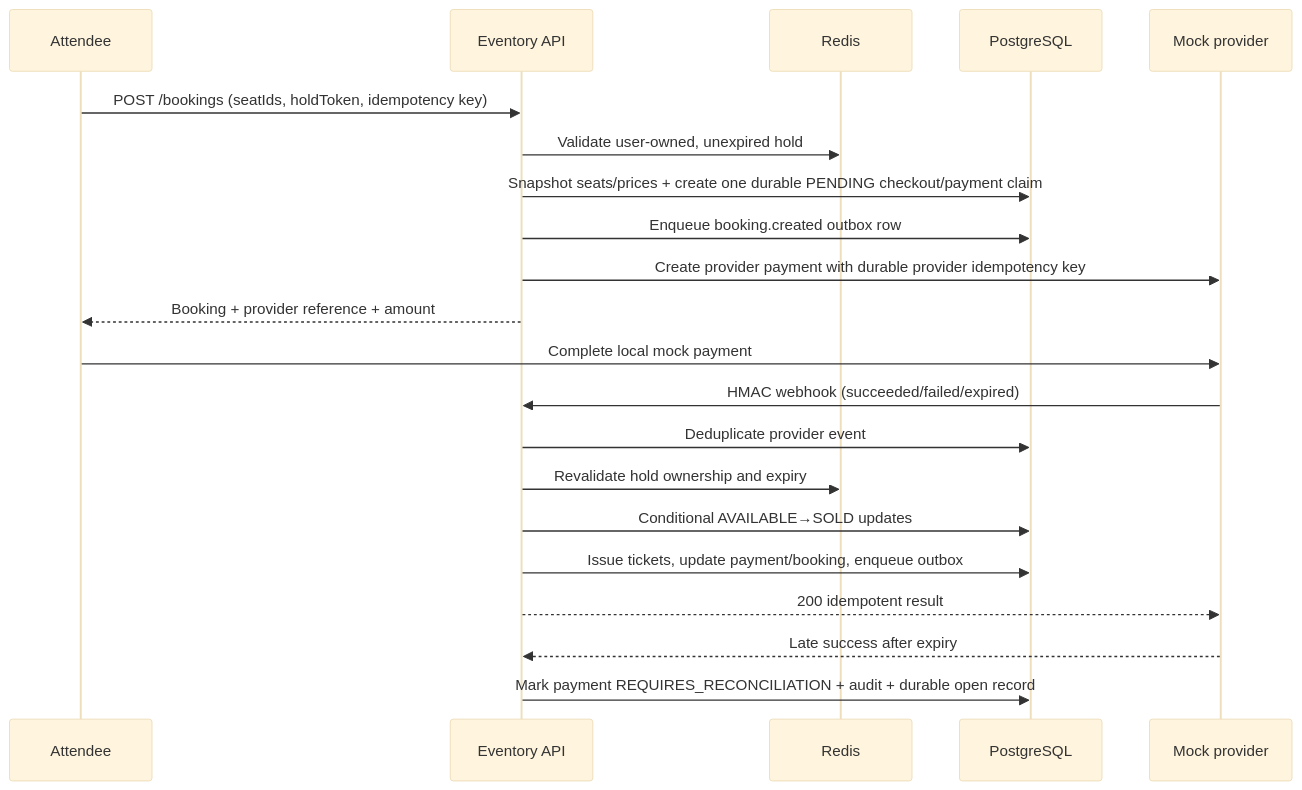
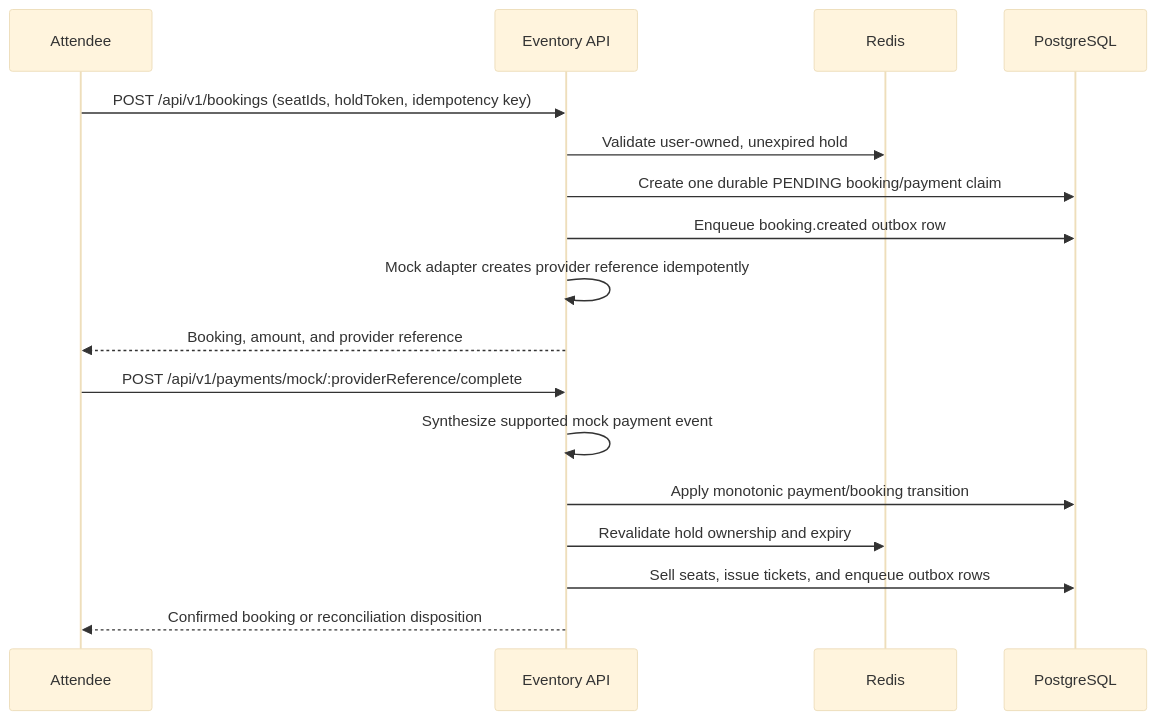
The first of 2 diagrams in docs/architecture/payment-sequence.md (JasonTM17/Eventory), drawn with Mermaid (base theme) before and after one commit. The commit also changed other lines of this file and 34 other files, not shown here.

````diff
--- a/docs/architecture/payment-sequence.md
+++ b/docs/architecture/payment-sequence.md
@@ -3,24 +5,20 @@
 ```mermaid
 sequenceDiagram
     participant A as Attendee
     participant API as Eventory API
     participant R as Redis
     participant DB as PostgreSQL
-    participant P as Mock provider
 
-    A->>API: POST /bookings (seatIds, holdToken, idempotency key)
+    A->>API: POST /api/v1/bookings (seatIds, holdToken, idempotency key)
     API->>R: Validate user-owned, unexpired hold
-    API->>DB: Snapshot seats/prices + create one durable PENDING checkout/payment claim
+    API->>DB: Create one durable PENDING booking/payment claim
     API->>DB: Enqueue booking.created outbox row
-    API->>P: Create provider payment with durable provider idempotency key
-    API-->>A: Booking + provider reference + amount
-    A->>P: Complete local mock payment
-    P->>API: HMAC webhook (succeeded/failed/expired)
-    API->>DB: Deduplicate provider event
+    API->>API: Mock adapter creates provider reference idempotently
+    API-->>A: Booking, amount, and provider reference
+    A->>API: POST /api/v1/payments/mock/:providerReference/complete
+    API->>API: Synthesize supported mock payment event
+    API->>DB: Apply monotonic payment/booking transition
     API->>R: Revalidate hold ownership and expiry
-    API->>DB: Conditional AVAILABLE→SOLD updates
-    API->>DB: Issue tickets, update payment/booking, enqueue outbox
-    API-->>P: 200 idempotent result
-    P-->>API: Late success after expiry
-    API->>DB: Mark payment REQUIRES_RECONCILIATION + audit + durable open record
+    API->>DB: Sell seats, issue tickets, and enqueue outbox rows
+    API-->>A: Confirmed booking or reconciliation disposition
 ```
````
